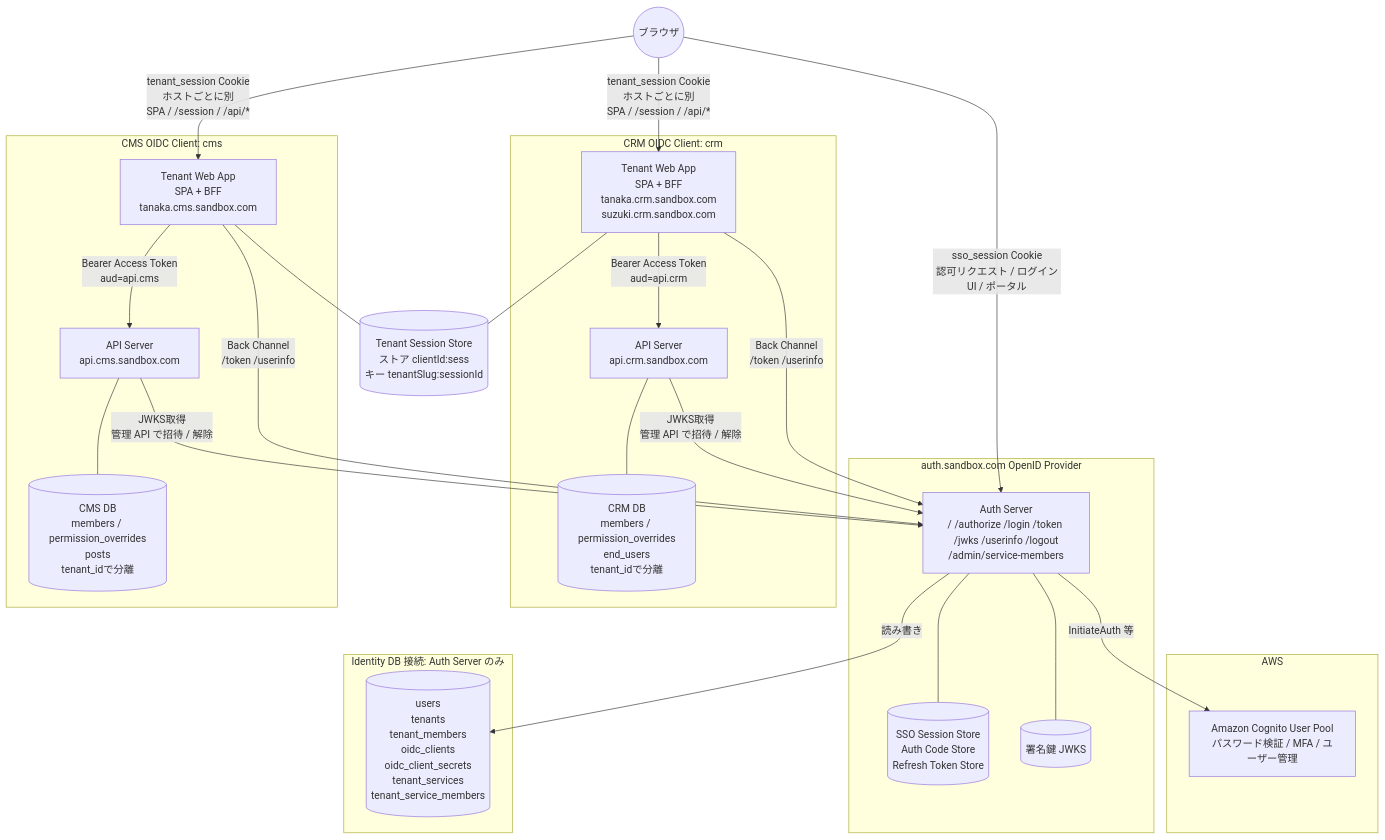
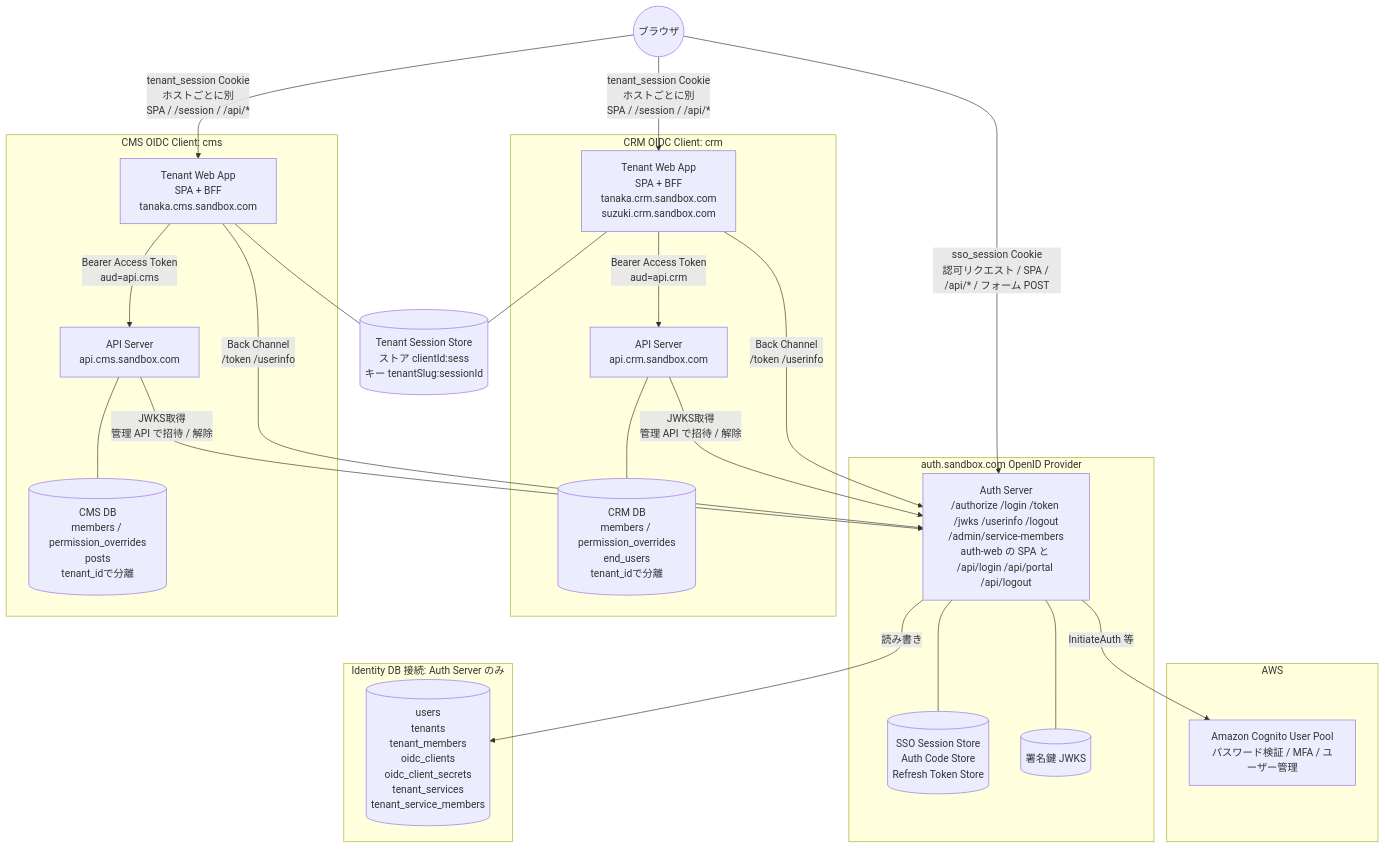
One commit to daisuke-tanabe/multi-domain-sandbox changed the first of 2 diagrams in docs/design/01-system-architecture.md. Above: the diagram before and after it, drawn with Mermaid. The commit also changed other lines of this file and 41 other files, not shown here.

First line of the commit message:
feat: auth の画面を React Router v8 の SPA にする

````diff
--- a/docs/design/01-system-architecture.md
+++ b/docs/design/01-system-architecture.md
@@ -14,50 +14,50 @@
 ```mermaid
 flowchart TB
     User((ブラウザ))
 
     subgraph AWS
         Cognito["Amazon Cognito User Pool<br/>パスワード検証 / MFA / ユーザー管理"]
     end
 
     subgraph AuthLayer ["auth.sandbox.com  OpenID Provider"]
-        Auth["Auth Server<br/>/ /authorize /login /token /jwks /userinfo /logout<br/>/admin/service-members"]
+        Auth["Auth Server<br/>/authorize /login /token /jwks /userinfo /logout<br/>/admin/service-members<br/>auth-web の SPA と /api/login /api/portal /api/logout"]
         SsoStore[("SSO Session Store<br/>Auth Code Store<br/>Refresh Token Store")]
         Keys[("署名鍵 JWKS")]
         Auth --- SsoStore
         Auth --- Keys
     end
 
     subgraph Identity ["Identity DB  接続: Auth Server のみ"]
         IdDB[("users<br/>tenants<br/>tenant_members<br/>oidc_clients<br/>oidc_client_secrets<br/>tenant_services<br/>tenant_service_members")]
     end
 
     subgraph Crm ["CRM  OIDC Client: crm"]
         WebCrm["Tenant Web App<br/>SPA + BFF<br/>tanaka.crm.sandbox.com<br/>suzuki.crm.sandbox.com"]
         ApiCrm["API Server<br/>api.crm.sandbox.com"]
         CrmDB[("CRM DB<br/>members / permission_overrides<br/>end_users<br/>tenant_idで分離")]
     end
 
     subgraph Cms ["CMS  OIDC Client: cms"]
         WebCms["Tenant Web App<br/>SPA + BFF<br/>tanaka.cms.sandbox.com"]
         ApiCms["API Server<br/>api.cms.sandbox.com"]
         CmsDB[("CMS DB<br/>members / permission_overrides<br/>posts<br/>tenant_idで分離")]
     end
 
     Sess[("Tenant Session Store<br/>ストア clientId:sess<br/>キー tenantSlug:sessionId")]
 
     User -- "tenant_session Cookie<br/>ホストごとに別<br/>SPA / /session / /api/*" --> WebCrm
     User -- "tenant_session Cookie<br/>ホストごとに別<br/>SPA / /session / /api/*" --> WebCms
-    User -- "sso_session Cookie<br/>認可リクエスト / ログインUI / ポータル" --> Auth
+    User -- "sso_session Cookie<br/>認可リクエスト / SPA / /api/* / フォーム POST" --> Auth
     Auth -- "InitiateAuth 等" --> Cognito
     Auth -- "読み書き" --> IdDB
     WebCrm -- "Back Channel<br/>/token /userinfo" --> Auth
     WebCms -- "Back Channel<br/>/token /userinfo" --> Auth
     WebCrm --- Sess
     WebCms --- Sess
     WebCrm -- "Bearer Access Token<br/>aud=api.crm" --> ApiCrm
     WebCms -- "Bearer Access Token<br/>aud=api.cms" --> ApiCms
     ApiCrm --- CrmDB
     ApiCms --- CmsDB
     ApiCrm -- "JWKS取得<br/>管理 API で招待 / 解除" --> Auth
     ApiCms -- "JWKS取得<br/>管理 API で招待 / 解除" --> Auth
 ```
````
